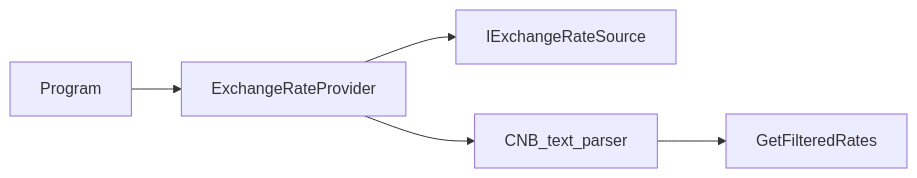
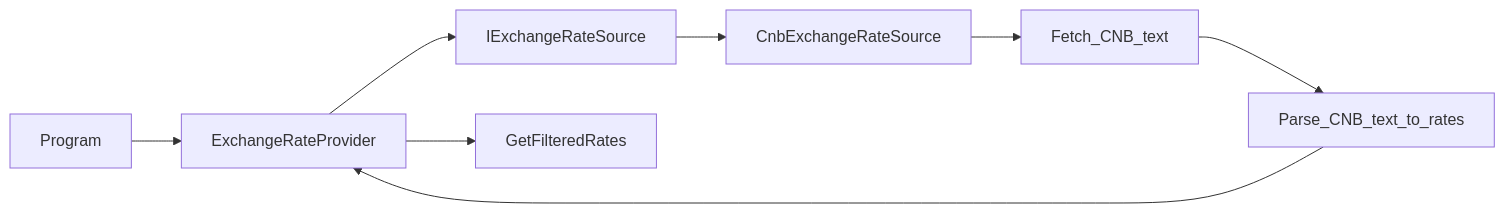
The diagram in jobs/Backend/PLAN.md (ndarriulat/ExchangeRateProvider-Nicolas), drawn with Mermaid before and after one commit. The commit also changed other lines of this file and 6 other files, not shown here.

````diff
--- a/jobs/Backend/PLAN.md
+++ b/jobs/Backend/PLAN.md
@@ -20,12 +21,17 @@
 ```mermaid
 flowchart LR
   Program[Program]
   Provider[ExchangeRateProvider]
   Source[IExchangeRateSource]
-  Parse[CNB_text_parser]
+  CnbSource[CnbExchangeRateSource]
+  Fetch[Fetch_CNB_text]
+  Parse[Parse_CNB_text_to_rates]
   Filter[GetFilteredRates]
   Program --> Provider
   Provider --> Source
-  Provider --> Parse
-  Parse --> Filter
+  Source --> CnbSource
+  CnbSource --> Fetch
+  Fetch --> Parse
+  Parse --> Provider
+  Provider --> Filter
 ```
````
